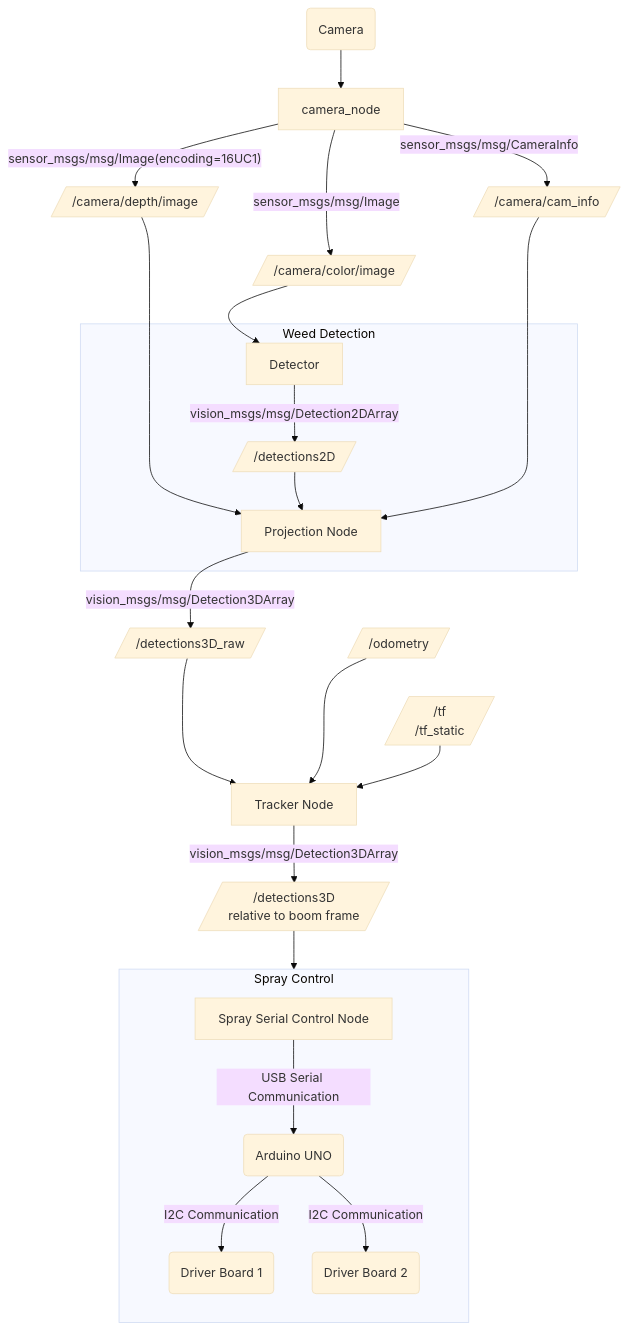
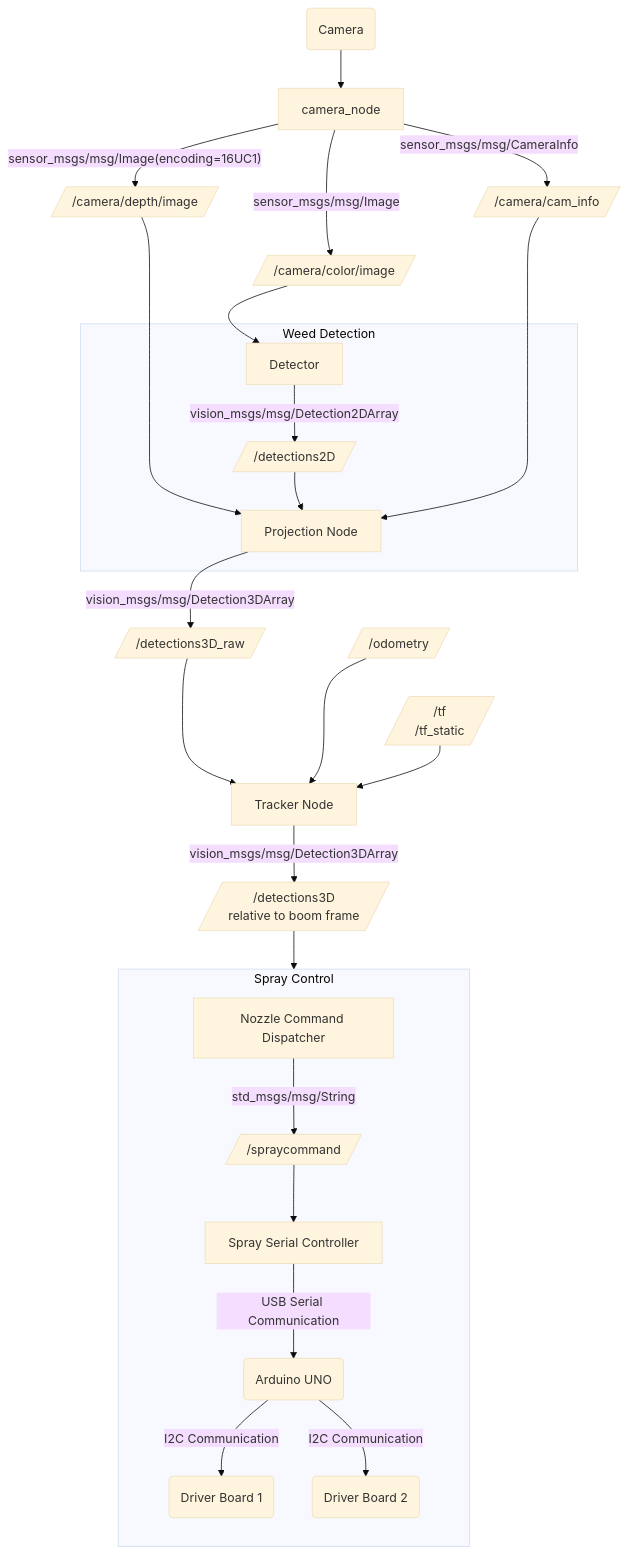
One commit to Kantor-Lab/LEAP_sprayer changed the diagram in ARCHITECTURE.md. Above: the diagram before and after it, drawn with Mermaid (base theme). The commit also changed other lines of this file and 3 other files, not shown here.

First line of the commit message:
split spray ctrl into dispatch and serial comms

````diff
--- a/ARCHITECTURE.md
+++ b/ARCHITECTURE.md
@@ -15,52 +15,54 @@
 ```mermaid
 graph TB
   cam(Camera) --> cam_node
 
   cam_node[camera_node]
   cam_node -->|"sensor_msgs/msg/Image(encoding=16UC1)"| depth[//camera/depth/image/]
   cam_node -->|sensor_msgs/msg/Image| color[//camera/color/image/]
   cam_node -->|sensor_msgs/msg/CameraInfo| info[//camera/cam_info/]
 
   %% styling ltr
   depth ~~~ weed_detection
   info ~~~ weed_detection
   color ~~~ weed_detection
   depth ~~~ color
   info ~~~ color
 
   color --> detect
   detect[Detector]
   detect -->|vision_msgs/msg/Detection2DArray| detections[//detections2D/]
 
   project[Projection Node]
   subgraph weed_detection[Weed Detection]
     detect
     detections --> project
   end
   
   depth --> project
   info --> project
 
   project -->|vision_msgs/msg/Detection3DArray| detections3D_raw[//detections3D_raw/]
 
   tracker[Tracker Node]
   
   urdf[/"/tf<br>/tf_static"/] --> tracker
   odom[//odometry/] ---> tracker
   detections3D_raw ---> tracker
 
   %% styling
   project ~~~ tracker
   odom ~~~ urdf
   detections3D_raw ~~~ tracker
 
   tracker -->|vision_msgs/msg/Detection3DArray| detections3D[/"/detections3D<br>relative to boom frame"/]
 
   subgraph sprayer[Spray Control]
     direction TB
-    spray_control[Spray Serial Control Node] -->|USB Serial Communication| uno(Arduino UNO)
+    spray_dispatch[Nozzle Command Dispatcher] -->|std_msgs/msg/String| spray_command[/"/spraycommand"/]
+    spray_control[Spray Serial Controller] -->|USB Serial Communication| uno(Arduino UNO)
+    spray_command --> spray_control
     uno -->|I2C Communication| spray_driver_board_one(Driver Board 1)
     uno -->|I2C Communication| spray_driver_board_two(Driver Board 2)
   end
   detections3D --> sprayer
 ```
````
